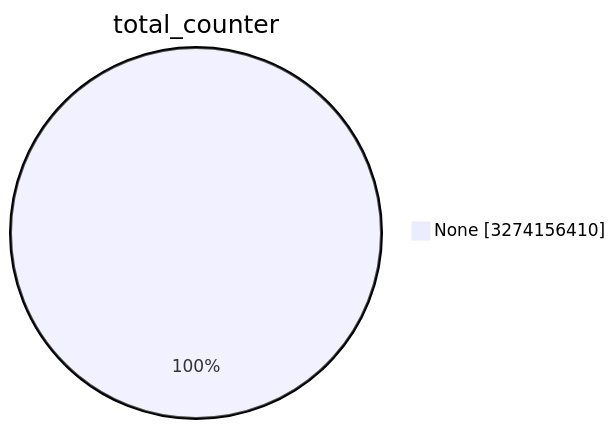
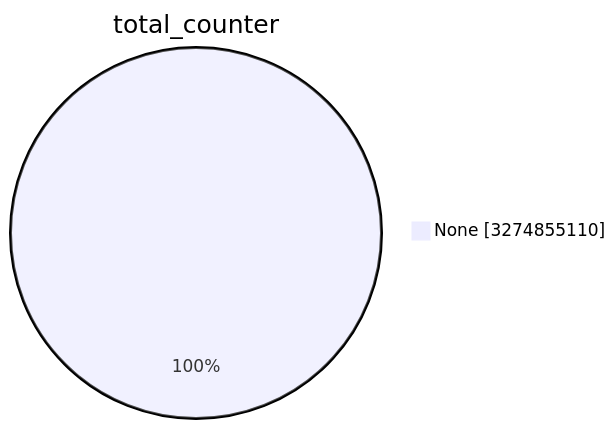
One commit to christiankrug/ctmonitor_visualization changed the first of 15 diagrams in TOTAL/README.md. Above: the diagram before and after it, drawn with Mermaid. The commit also changed other lines of this file, not shown here.

````diff
--- a/TOTAL/README.md
+++ b/TOTAL/README.md
@@ -1,5 +1,5 @@
 ```mermaid
 pie showData
 title total_counter
-"None" :3274156410
+"None" :3274855110
 ```
````
